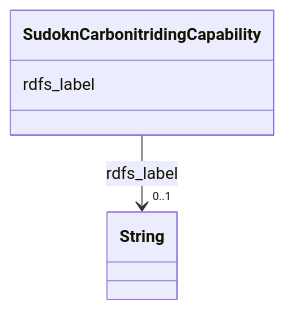
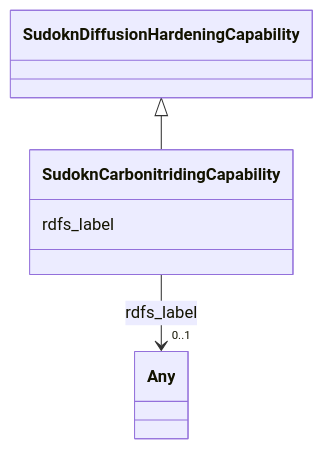
One commit to frink-okn/graph-descriptions changed the diagram in sudokn-kg/classes/SudoknCarbonitridingCapability.md. Above: the diagram before and after it, drawn with Mermaid. The commit also changed other lines of this file and 903 other files, not shown here.

````diff
--- a/sudokn-kg/classes/SudoknCarbonitridingCapability.md
+++ b/sudokn-kg/classes/SudoknCarbonitridingCapability.md
@@ -23,15 +18,18 @@
 ```mermaid
  classDiagram
     class SudoknCarbonitridingCapability
     click SudoknCarbonitridingCapability href "../SudoknCarbonitridingCapability"
+      SudoknDiffusionHardeningCapability <|-- SudoknCarbonitridingCapability
+        click SudoknDiffusionHardeningCapability href "../SudoknDiffusionHardeningCapability"
+      
       SudoknCarbonitridingCapability : rdfs_label
         
           
     
     
-    SudoknCarbonitridingCapability --> "0..1" String : rdfs_label
-    click String href "../String"
+    SudoknCarbonitridingCapability --> "0..1" Any : rdfs_label
+    click Any href "../Any"
 
         
       
 ```
````
